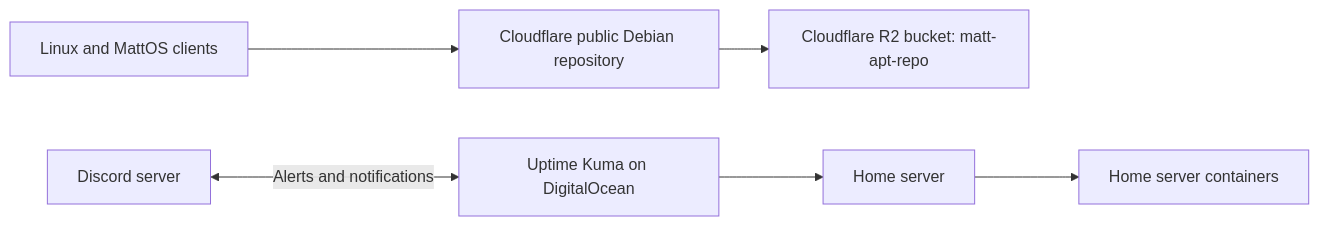
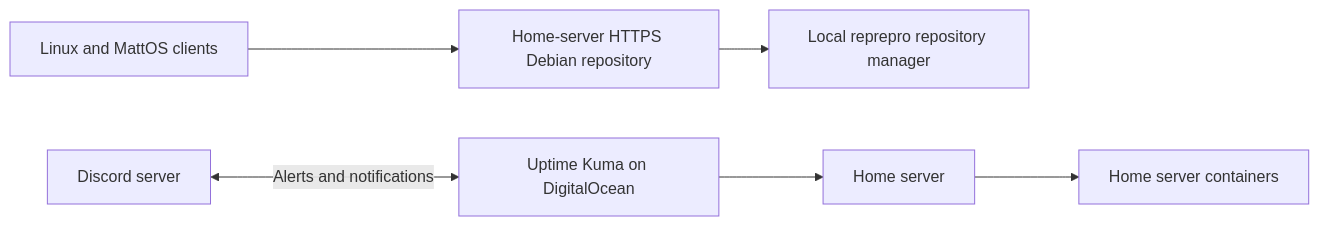
Before and after one commit to HungLo2020/LinuxScripts: the diagram in Docs/HomelabSetup.md, drawn with Mermaid. The commit also changed other lines of this file and 6 other files, not shown here.

````diff
--- a/Docs/HomelabSetup.md
+++ b/Docs/HomelabSetup.md
@@ -5,8 +7,8 @@
 ```mermaid
 flowchart LR
-    Clients[Linux and MattOS clients] --> Repo[Cloudflare public Debian repository]
-    Repo --> R2[Cloudflare R2 bucket: matt-apt-repo]
+    Clients[Linux and MattOS clients] --> Repo[Home-server HTTPS Debian repository]
+    Repo --> Builder[Local reprepro repository manager]
     Discord[Discord server] <-->|Alerts and notifications| Kuma[Uptime Kuma on DigitalOcean]
     Kuma --> Home[Home server]
     Home --> Apps[Home server containers]
 ```
````
